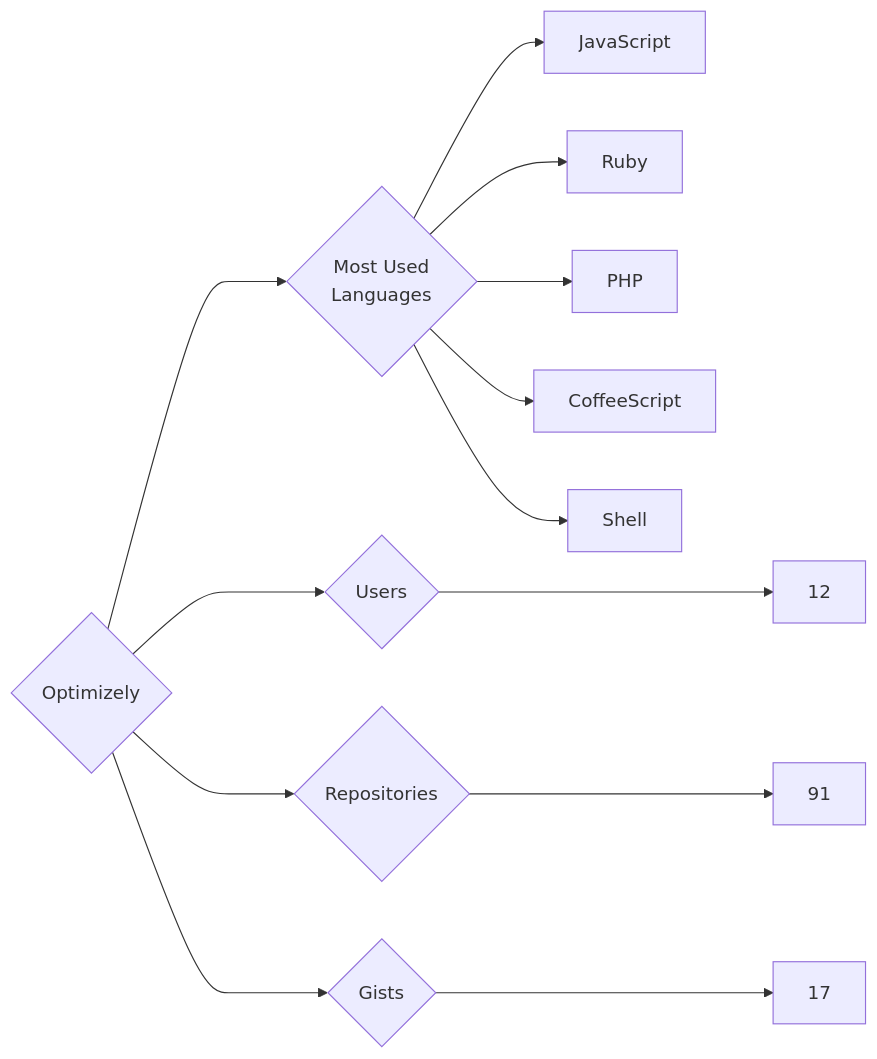
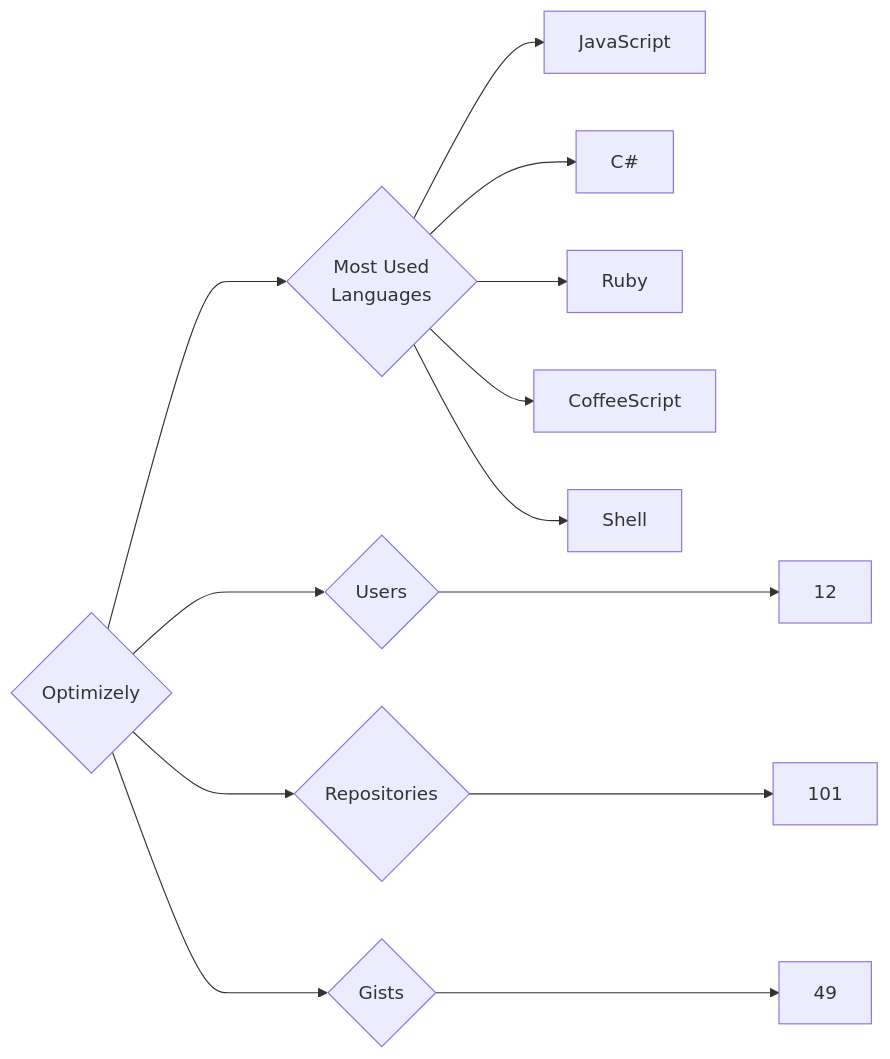
One commit to trickest/insiders changed the diagram in targets/Optimizely/README.md. Above: the diagram before and after it, drawn with Mermaid. The commit also changed 1508 other files, not shown here.

````diff
--- a/targets/Optimizely/README.md
+++ b/targets/Optimizely/README.md
@@ -3,13 +3,13 @@
 ```mermaid
 graph LR
 COMPANY_NAME{Optimizely}
 COMPANY_NAME ---> U{Users} ---> UN[12]
-COMPANY_NAME ---> R{Repositories} ---> RN[91]
-COMPANY_NAME ---> G{Gists} ---> GN[17]
+COMPANY_NAME ---> R{Repositories} ---> RN[101]
+COMPANY_NAME ---> G{Gists} ---> GN[49]
 COMPANY_NAME ---> ML{Most Used<br>Languages}
 ML --> JavaScript[JavaScript]
+ML --> C#[C#]
 ML --> Ruby[Ruby]
-ML --> PHP[PHP]
 ML --> CoffeeScript[CoffeeScript]
 ML --> Shell[Shell]
 ```
````
